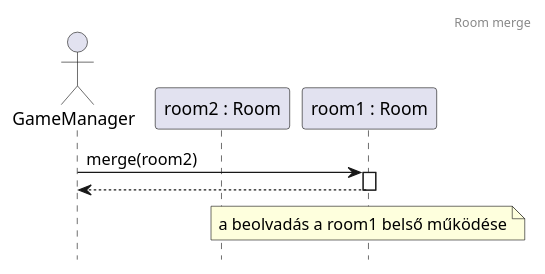
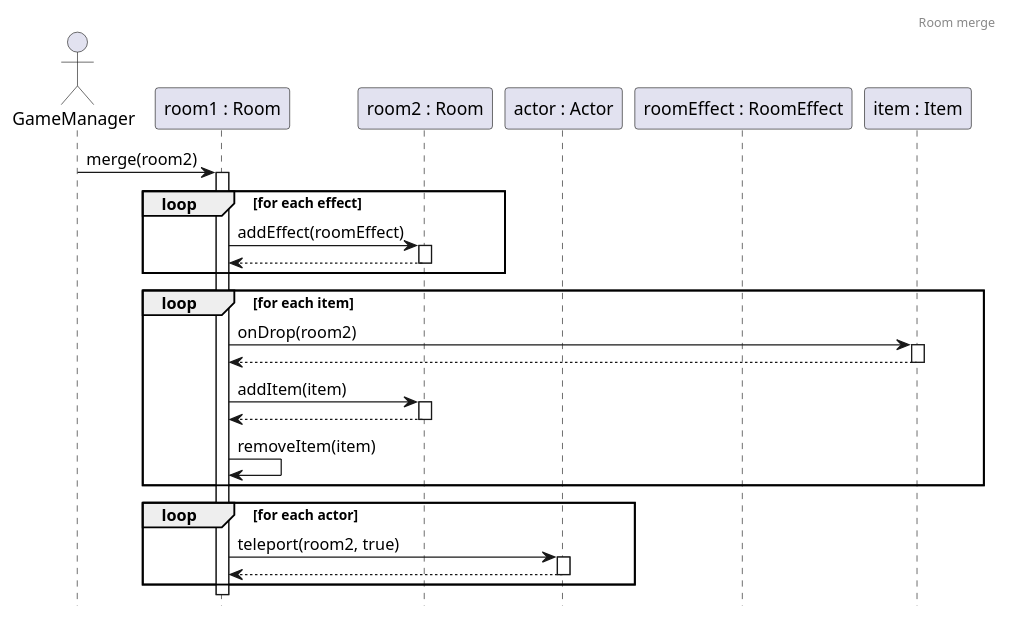
One commit to Kristof-me/Logarlec changed the diagram in docs/sequence/room/RoomMerge.puml. Above: the diagram before and after it, drawn with PlantUML. The commit also changed 15 other files, not shown here.

```diff
--- a/docs/sequence/room/RoomMerge.puml
+++ b/docs/sequence/room/RoomMerge.puml
@@ -1,56 +1,56 @@
 @startuml RoomMerge
 header Room merge
 hide footbox
 
-actor gm as "GameManager"
-participant r2 as "room2 : Room"
-participant r1 as "room1 : Room"
+' actor gm as "GameManager"
+' participant r2 as "room2 : Room"
+' participant r1 as "room1 : Room"
 
-gm -> r1 ++: merge(room2)
-return
+' gm -> r1 ++: merge(room2)
+' return
 
-note over r1
-    a beolvadás a room1 belső működése
-end note
+' note over r1
+'     a beolvadás a room1 belső működése
+' end note
 
-/' 
-látványosabb lenne, ha a room1 olvadna bele ilyenkor 
-a room2-be, mert akkor több függvényhívást használnánk
-így csak belső működés az egész
 
-lentebb itthagyom a látványosabb változatot, de
-lehet ez egy külön diagrammra kéne és innen csak megreferálni
+' látványosabb lenne, ha a room1 olvadna bele ilyenkor 
+' a room2-be, mert akkor több függvényhívást használnánk
+' így csak belső működés az egész
+
+' lentebb itthagyom a látványosabb változatot, de
+' lehet ez egy külön diagrammra kéne és innen csak megreferálni
 
 actor gm as "GameManager"
 participant r1 as "room1 : Room"
 participant r2 as "room2 : Room"
 participant act as "actor : Actor"
 participant effect as "roomEffect : RoomEffect"
 participant item as "item : Item"
 
 gm -> r1 ++ : merge(room2)
 
 loop for each effect
     r1 -> r2 ++ : addEffect(roomEffect)
     return
 end
 
 loop for each item
     r1 -> item ++ : onDrop(room2)
     return
     r1 -> r2 ++ : addItem(item)
     'itt ugye még van az inventory-val is kommunikáció
     'de azt lehet holnap megcsinálom és itt csak referálok rá
     
     return
     
     r1 -> r1 : removeItem(item)
 end
 
 loop for each actor
     r1 -> act ++: teleport(room2, true)
     return
 end
-'/
+
 
 @enduml
```
